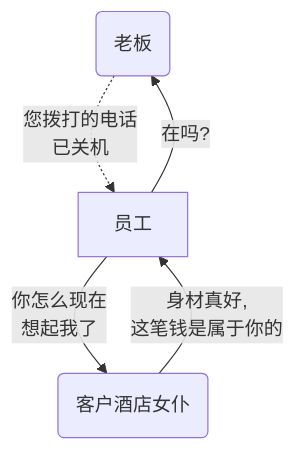
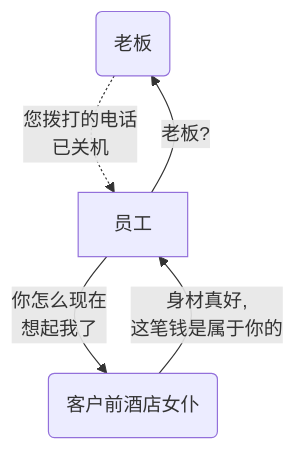
Diagram 30 of 31 in content/posts/the-comments-system.md (sb-child/sb-child), drawn with Mermaid before and after one commit. The commit also changed other lines of this file, not shown here.

````diff
--- a/content/posts/the-comments-system.md
+++ b/content/posts/the-comments-system.md
@@ -576,10 +576,10 @@
 ```mermaid
 flowchart TD
     A(老板) -.->|"您拨打的电话
     已关机"| B[员工]
-    B --> |"在吗?"| A
-    C(客户酒店女仆) --> |"身材真好,
+    B --> |"老板?"| A
+    C(客户前酒店女仆) --> |"身材真好,
     这笔钱是属于你的"| B
     B --> |"你怎么现在
     想起我了"| C
 ```
````
